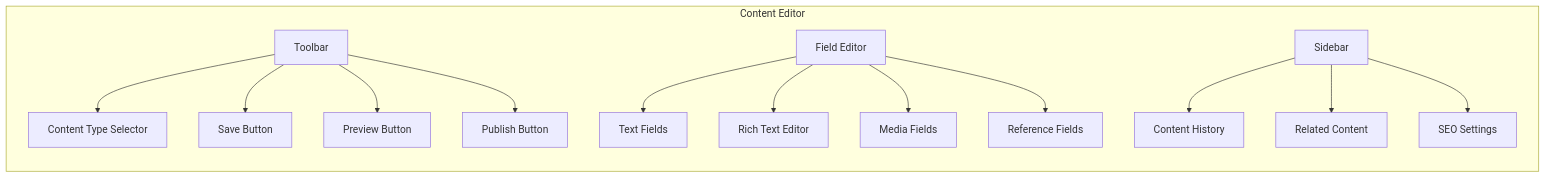
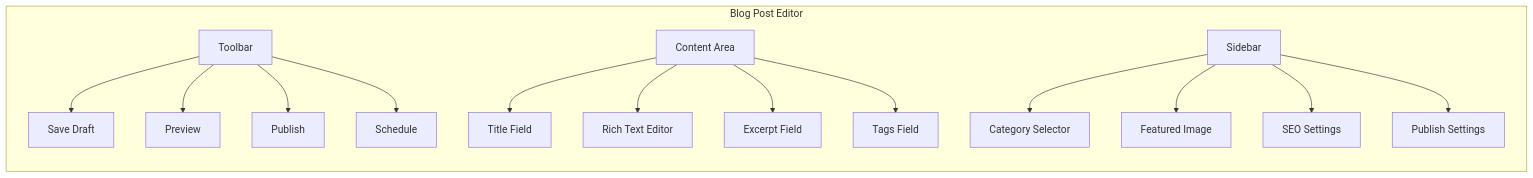
Diagram 12 of 16 in SRS.md (Dragon745/Content-Management-System), drawn with Mermaid before and after one commit. The commit also changed other lines of this file and 1 other file, not shown here.

````diff
--- a/SRS.md
+++ b/SRS.md
@@ -579,18 +546,19 @@
 ```mermaid
 graph LR
-    subgraph "Content Editor"
-        A[Toolbar] --> B[Content Type Selector]
-        A --> C[Save Button]
-        A --> D[Preview Button]
-        A --> E[Publish Button]
+    subgraph "Blog Post Editor"
+        A[Toolbar] --> B[Save Draft]
+        A --> C[Preview]
+        A --> D[Publish]
+        A --> E[Schedule]
 
-        F[Field Editor] --> G[Text Fields]
+        F[Content Area] --> G[Title Field]
         F --> H[Rich Text Editor]
-        F --> I[Media Fields]
-        F --> J[Reference Fields]
+        F --> I[Excerpt Field]
+        F --> J[Tags Field]
 
-        K[Sidebar] --> L[Content History]
-        K --> M[Related Content]
+        K[Sidebar] --> L[Category Selector]
+        K --> M[Featured Image]
         K --> N[SEO Settings]
+        K --> O[Publish Settings]
     end
 ```
````
